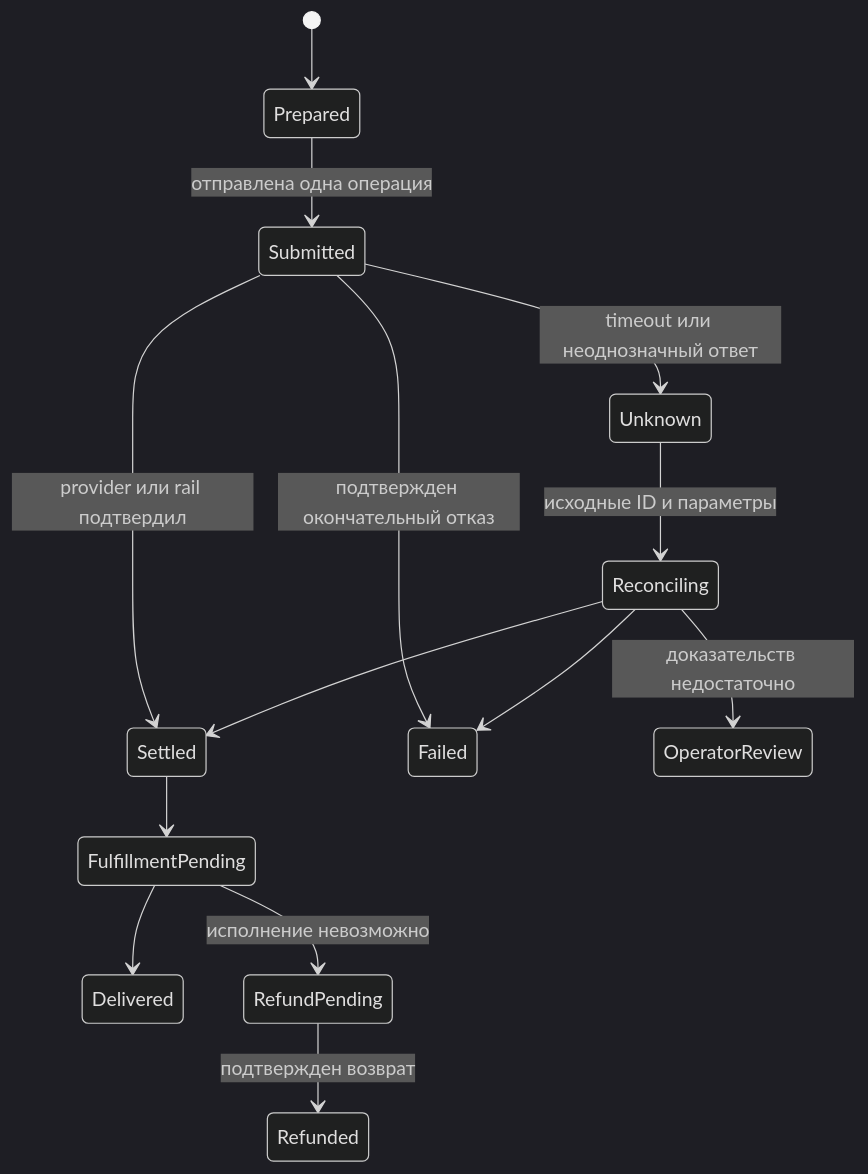
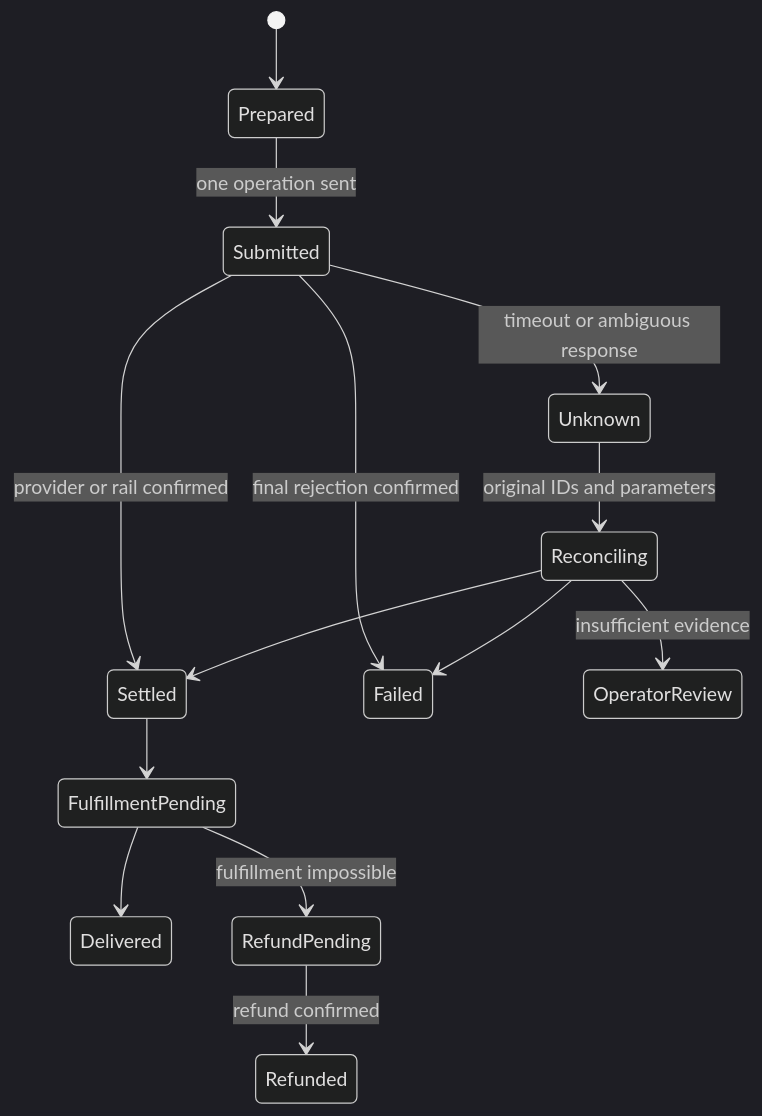
Before and after one commit to nuanu-ai/fintech-textbook-2026: the second of 2 diagrams in Textbook/07-AI-agent-payments/README.md, drawn with Mermaid (dark theme). The commit also changed other lines of this file and 78 other files, not shown here.

````diff
--- a/Textbook/07-AI-agent-payments/README.md
+++ b/Textbook/07-AI-agent-payments/README.md
@@ -247,16 +247,16 @@
 ```mermaid
 stateDiagram-v2
   [*] --> Prepared
-  Prepared --> Submitted: отправлена одна операция
-  Submitted --> Settled: provider или rail подтвердил
-  Submitted --> Failed: подтвержден окончательный отказ
-  Submitted --> Unknown: timeout или неоднозначный ответ
-  Unknown --> Reconciling: исходные ID и параметры
+  Prepared --> Submitted: one operation sent
+  Submitted --> Settled: provider or rail confirmed
+  Submitted --> Failed: final rejection confirmed
+  Submitted --> Unknown: timeout or ambiguous response
+  Unknown --> Reconciling: original IDs and parameters
   Reconciling --> Settled
   Reconciling --> Failed
-  Reconciling --> OperatorReview: доказательств недостаточно
+  Reconciling --> OperatorReview: insufficient evidence
   Settled --> FulfillmentPending
   FulfillmentPending --> Delivered
-  FulfillmentPending --> RefundPending: исполнение невозможно
-  RefundPending --> Refunded: подтвержден возврат
+  FulfillmentPending --> RefundPending: fulfillment impossible
+  RefundPending --> Refunded: refund confirmed
 ```
````
